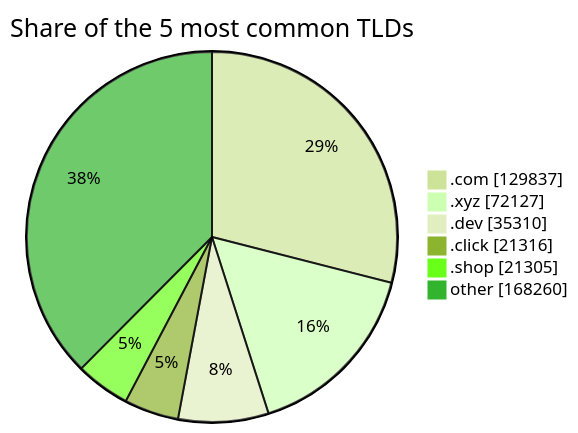
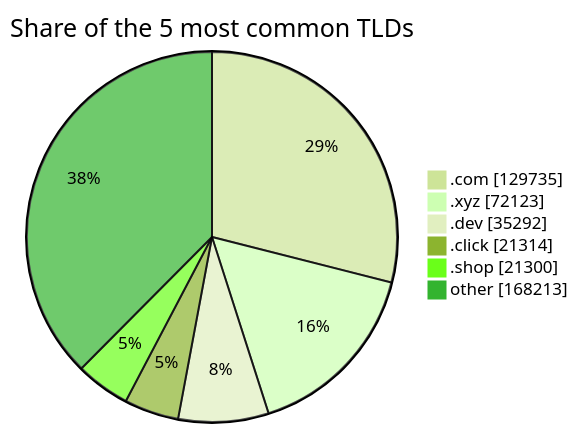
Before and after one commit to DNSBunker/CTI: the third of 3 diagrams in README.md, drawn with Mermaid (forest theme). The commit also changed other lines of this file and 3 other files, not shown here.

````diff
--- a/README.md
+++ b/README.md
@@ -81,9 +81,9 @@
 ```mermaid
 pie showData title Share of the 5 most common TLDs
-    ".com" : 129837
-    ".xyz" : 72127
-    ".dev" : 35310
-    ".click" : 21316
-    ".shop" : 21305
-    "other" : 168260
+    ".com" : 129735
+    ".xyz" : 72123
+    ".dev" : 35292
+    ".click" : 21314
+    ".shop" : 21300
+    "other" : 168213
 ```
````
